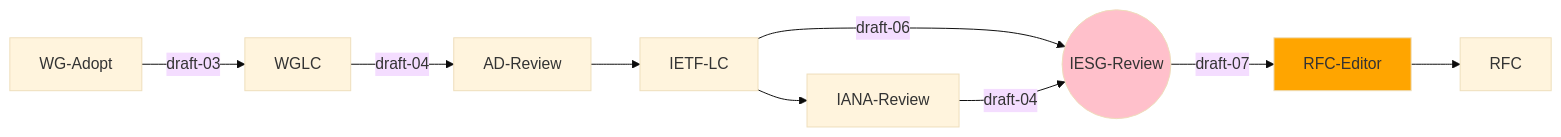
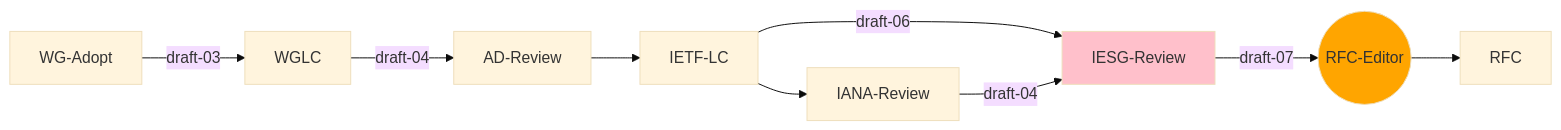
Before and after one commit to ietf-wg-httpapi/ietf-wg-httpapi.github.io: the first of 8 diagrams in index.md, drawn with Mermaid (base theme). The commit also changed other lines of this file, not shown here.

````diff
--- a/index.md
+++ b/index.md
@@ -23,17 +23,17 @@
 ```mermaid
 graph LR
     classDef current fill:orange
     classDef lastIETF fill:pink
 
     WG-Adopt --draft-03--> WGLC
     WGLC --draft-04--> AD-Review
     AD-Review --> IETF-LC
     IETF-LC --> IANA-Review 
-    IETF-LC --draft-06--> IESG-Review((IESG-Review))   
+    IETF-LC --draft-06--> IESG-Review   
     IANA-Review --draft-04--> IESG-Review
     IESG-Review --draft-07--> RFC-Editor
-    RFC-Editor --> RFC
+    RFC-Editor((RFC-Editor)) --> RFC
 
     class IESG-Review lastIETF
     class RFC-Editor current
 ```
````
